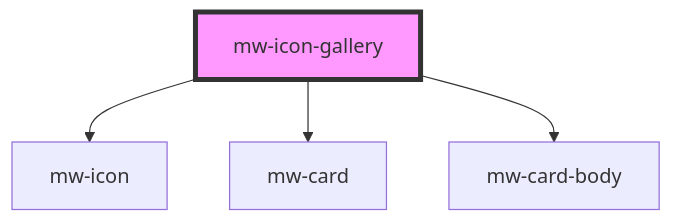
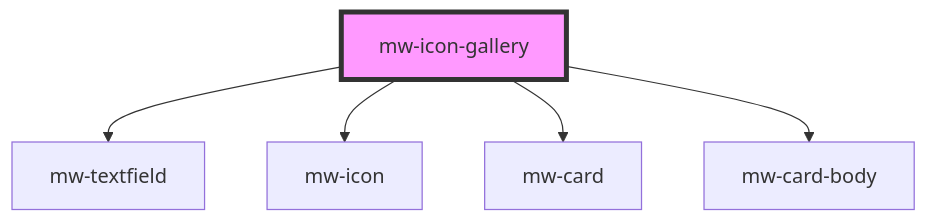
Before and after one commit to MaibornWolff/mwui: the diagram in tlm-stencil/src/components/mw-icon-gallery/readme.md, drawn with Mermaid. The commit also changed other lines of this file and 19 other files, not shown here.

````diff
--- a/tlm-stencil/src/components/mw-icon-gallery/readme.md
+++ b/tlm-stencil/src/components/mw-icon-gallery/readme.md
@@ -17,7 +18,8 @@
 ```mermaid
 graph TD;
+  mw-icon-gallery --> mw-textfield
   mw-icon-gallery --> mw-icon
   mw-icon-gallery --> mw-card
   mw-icon-gallery --> mw-card-body
   style mw-icon-gallery fill:#f9f,stroke:#333,stroke-width:4px
 ```
````
